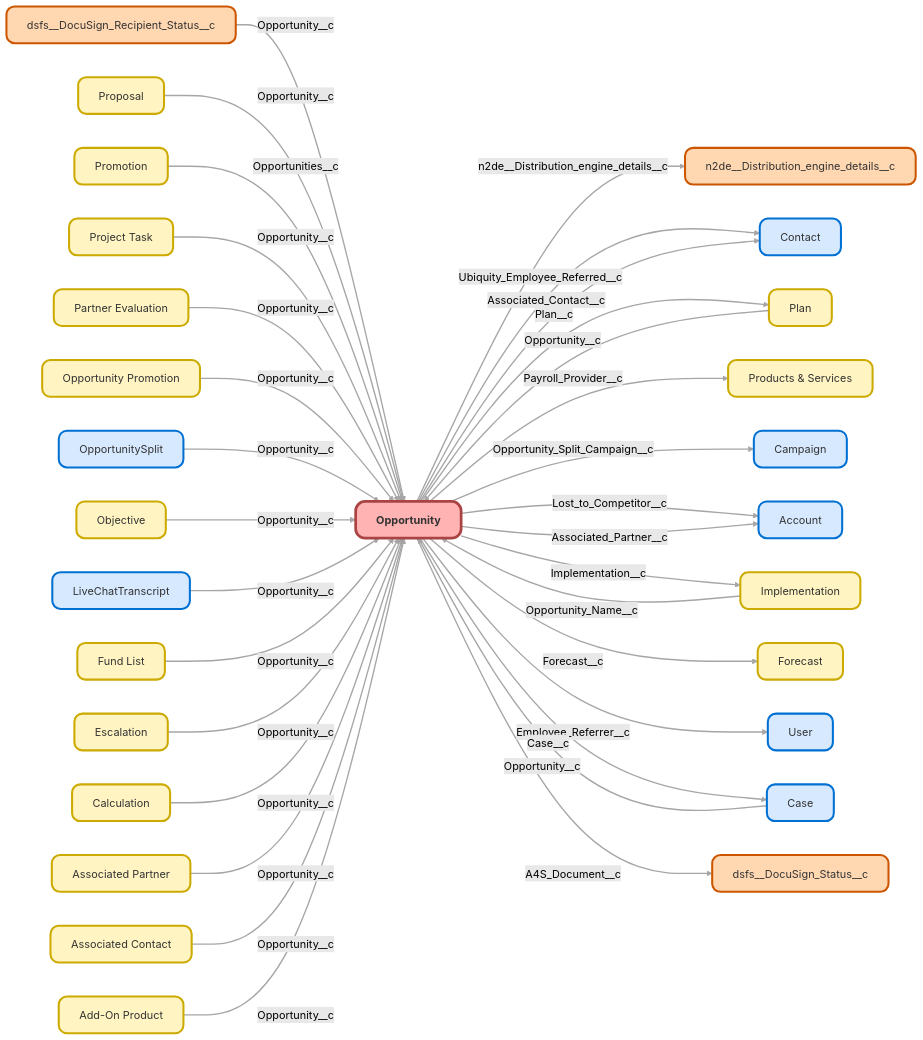
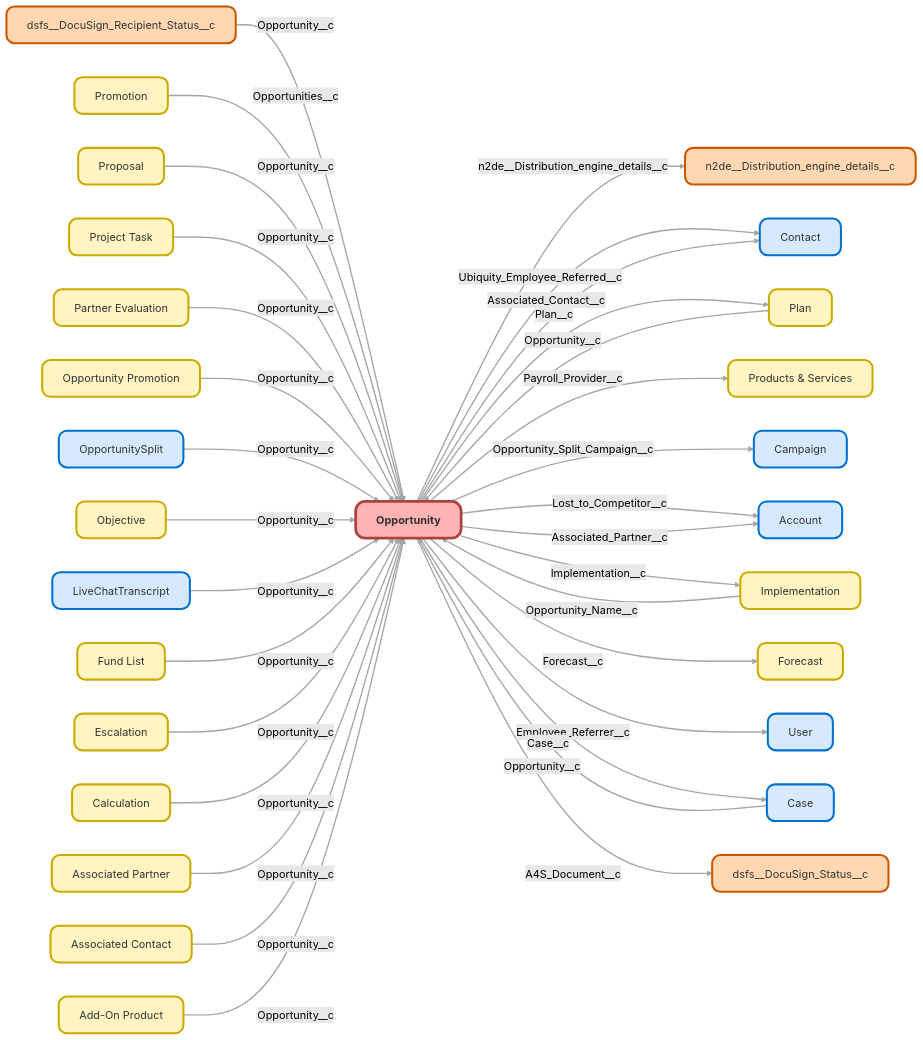
The diagram in docs/objects/Opportunity.md (moechapa/ubiquity-org-monitoring), drawn with Mermaid (forest theme) before and after one commit. The commit also changed 1461 other files, not shown here.

```diff
--- a/docs/objects/Opportunity.md
+++ b/docs/objects/Opportunity.md
@@ -16,15 +16,23 @@
 dsfs__DocuSign_Recipient_Status__c["dsfs__DocuSign_Recipient_Status__c"]:::customObjectManaged
 click dsfs__DocuSign_Recipient_Status__c "/objects/dsfs__DocuSign_Recipient_Status__c/"
 User["User"]:::object
+click User "/objects/User/"
 Proposal__c["Proposal"]:::customObject
+click Proposal__c "/objects/Proposal__c/"
 Promotions__c["Promotion"]:::customObject
+click Promotions__c "/objects/Promotions__c/"
 Project_Task__c["Project Task"]:::customObject
+click Project_Task__c "/objects/Project_Task__c/"
 Products_Services__c["Products & Services"]:::customObject
+click Products_Services__c "/objects/Products_Services__c/"
 Plan__c["Plan"]:::customObject
+click Plan__c "/objects/Plan__c/"
 Partner_Evaluation__c["Partner Evaluation"]:::customObject
+click Partner_Evaluation__c "/objects/Partner_Evaluation__c/"
 Opportunity_Promotion__c["Opportunity Promotion"]:::customObject
 click Opportunity_Promotion__c "/objects/Opportunity_Promotion__c/"
 OpportunitySplit["OpportunitySplit"]:::object
+click OpportunitySplit "/objects/OpportunitySplit/"
 Opportunity["Opportunity"]:::mainObject
 click Opportunity "/objects/Opportunity/"
 Objective__c["Objective"]:::customObject
@@ -58,8 +66,8 @@
 n2de__Distribution_engine_details__c["n2de__Distribution_engine_details__c"]:::customObjectManaged
 
 dsfs__DocuSign_Recipient_Status__c -->|Opportunity__c| Opportunity
+Promotions__c -->|Opportunities__c| Opportunity
 Proposal__c -->|Opportunity__c| Opportunity
-Promotions__c -->|Opportunities__c| Opportunity
 Project_Task__c -->|Opportunity__c| Opportunity
 Plan__c -->|Opportunity__c| Opportunity
 Partner_Evaluation__c -->|Opportunity__c| Opportunity
```
